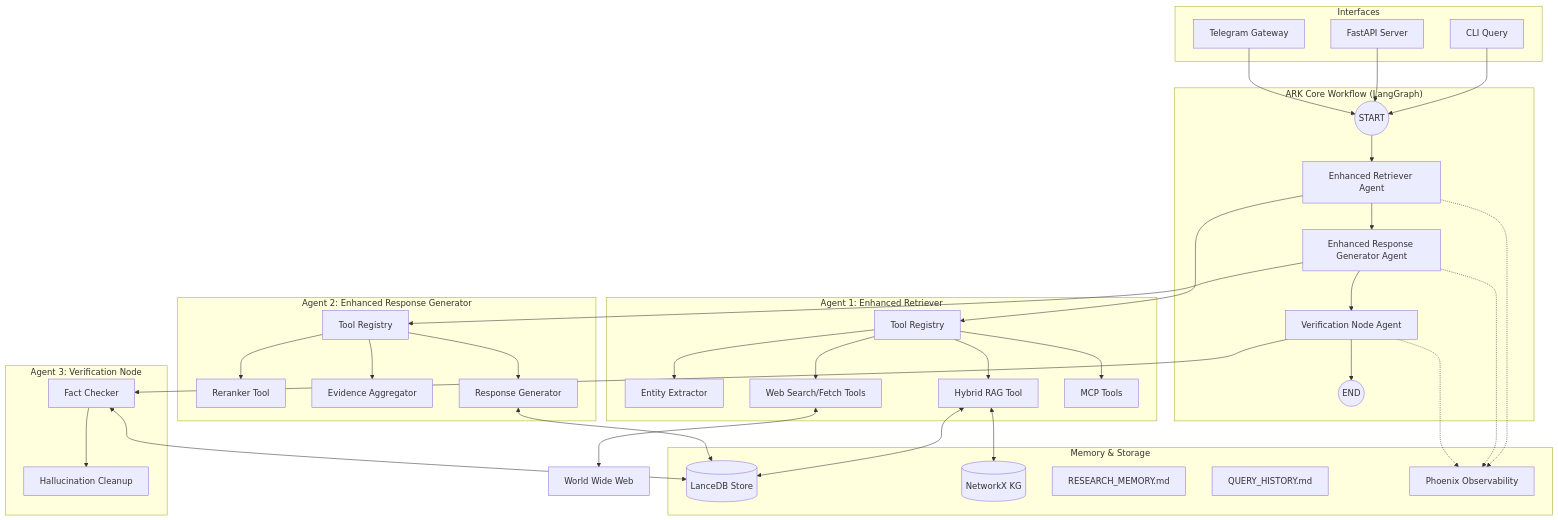
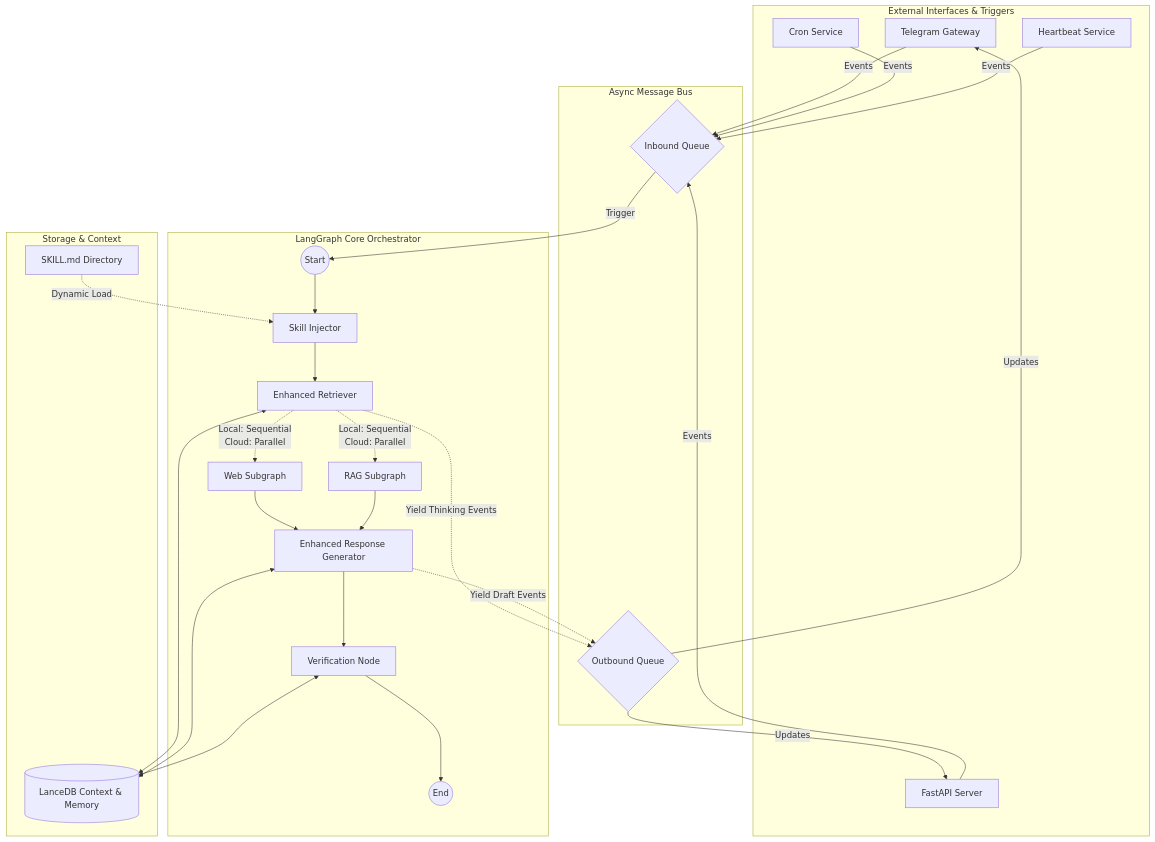
Before and after one commit to CalmScout/agentic-research-kit: the diagram in docs/ARK_NANOBOT_ARCHITECTURE.md, drawn with Mermaid. The commit also changed other lines of this file and 2 other files, not shown here.

First line of the commit message:
docs: adopt hybrid LangGraph and event-driven architecture

````diff
--- a/docs/ARK_NANOBOT_ARCHITECTURE.md
+++ b/docs/ARK_NANOBOT_ARCHITECTURE.md
@@ -13,63 +17,55 @@
 ```mermaid
 graph TD
-    subgraph "Interfaces"
-        CLI[CLI Query]
+    subgraph "External Interfaces & Triggers"
+        TG[Telegram Gateway]
         API[FastAPI Server]
-        TG[Telegram Gateway]
+        CRON[Cron Service]
+        HB[Heartbeat Service]
     end
 
-    subgraph "ARK Core Workflow (LangGraph)"
-        START((START)) --> ER[Enhanced Retriever Agent]
-        ER --> ERG[Enhanced Response Generator Agent]
-        ERG --> VN[Verification Node Agent]
-        VN --> END((END))
+    subgraph "Async Message Bus"
+        MB_IN{Inbound Queue}
+        MB_OUT{Outbound Queue}
     end
 
-    subgraph "Agent 1: Enhanced Retriever"
-        ER_TR[Tool Registry]
-        ER_EXT[Entity Extractor]
-        ER_RAG[Hybrid RAG Tool]
-        ER_WEB[Web Search/Fetch Tools]
-        ER_MCP[MCP Tools]
+    subgraph "LangGraph Core Orchestrator"
+        LG_START((Start))
         
-        ER --> ER_TR
-        ER_TR --> ER_EXT & ER_RAG & ER_WEB & ER_MCP
+        SKILL[Skill Injector]
+        ER[Enhanced Retriever]
+        ERG[Enhanced Response Generator]
+        VN[Verification Node]
+        
+        %% Subgraphs
+        SUB_WEB[Web Subgraph]
+        SUB_RAG[RAG Subgraph]
+        
+        LG_START --> SKILL --> ER
+        
+        %% Hardware Aware Execution
+        ER -.->|Local: Sequential<br>Cloud: Parallel| SUB_WEB
+        ER -.->|Local: Sequential<br>Cloud: Parallel| SUB_RAG
+        SUB_WEB & SUB_RAG --> ERG
+        
+        ERG --> VN --> END((End))
     end
 
-    subgraph "Agent 2: Enhanced Response Generator"
-        ERG_TR[Tool Registry]
-        ERG_RER[Reranker Tool]
-        ERG_AGG[Evidence Aggregator]
-        ERG_GEN[Response Generator]
-        
-        ERG --> ERG_TR
-        ERG_TR --> ERG_RER & ERG_AGG & ERG_GEN
+    subgraph "Storage & Context"
+        LDB[(LanceDB Context & Memory)]
+        SKILLS[SKILL.md Directory]
     end
 
-    subgraph "Agent 3: Verification Node"
-        VN_FC[Fact Checker]
-        VN_CH[Hallucination Cleanup]
-        
-        VN --> VN_FC --> VN_CH
-    end
-
-    subgraph "Memory & Storage"
-        LDB[(LanceDB Store)]
-        KG[(NetworkX KG)]
-        MS_RH[RESEARCH_MEMORY.md]
-        MS_QH[QUERY_HISTORY.md]
-        PX[Phoenix Observability]
-    end
-
-    CLI & API & TG --> START
+    %% Flow
+    TG & API & CRON & HB -->|Events| MB_IN
+    MB_IN -->|Trigger| LG_START
     
-    ER_RAG <--> LDB & KG
-    ER_WEB <--> WEB[World Wide Web]
+    SKILLS -.->|Dynamic Load| SKILL
     
-    ERG_GEN <--> LDB
-    VN_FC <--> LDB
+    ER & ERG & VN <--> LDB
     
-    ER -.-> PX
-    ERG -.-> PX
-    VN -.-> PX
+    %% Async Updates
+    ER -.->|Yield Thinking Events| MB_OUT
+    ERG -.->|Yield Draft Events| MB_OUT
+    
+    MB_OUT -->|Updates| TG & API
 ```
````
